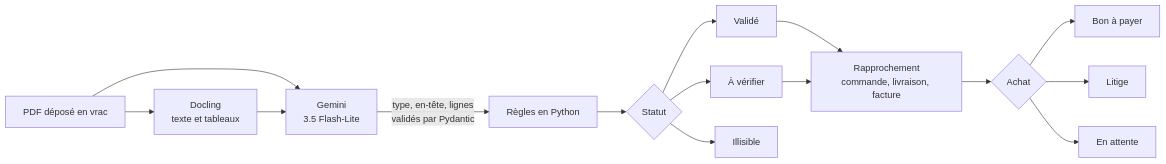
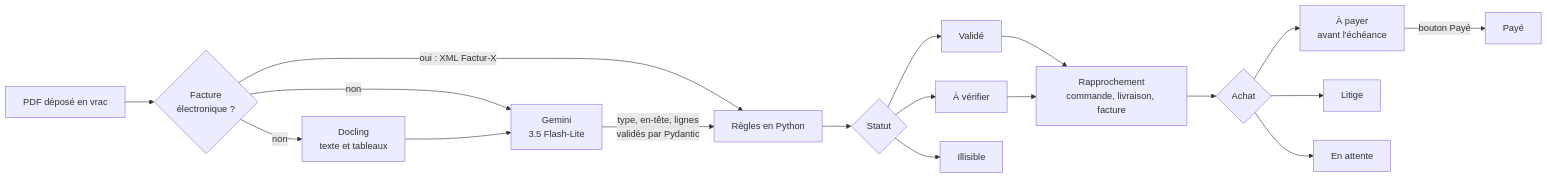
The diagram in README.md (Jeremy84100/factures-ia), drawn with Mermaid before and after one commit. The commit also changed other lines of this file and 31 other files, not shown here.

First line of the commit message:
Écrans : reste à payer TTC, bouton Payé, ranger en un clic, Compte

````diff
--- a/README.md
+++ b/README.md
@@ -40,17 +40,20 @@
 ```mermaid
 flowchart LR
-    A[PDF déposé en vrac] --> B[Docling<br>texte et tableaux]
-    A --> C[Gemini<br>3.5 Flash-Lite]
+    A[PDF déposé en vrac] --> X{Facture<br>électronique ?}
+    X -->|oui : XML Factur-X| D[Règles en Python]
+    X -->|non| B[Docling<br>texte et tableaux]
+    X -->|non| C[Gemini<br>3.5 Flash-Lite]
     B --> C
-    C -->|type, en-tête, lignes<br>validés par Pydantic| D[Règles en Python]
+    C -->|type, en-tête, lignes<br>validés par Pydantic| D
     D --> E{Statut}
     E --> F[Validé]
     E --> G[À vérifier]
     E --> H[Illisible]
     F --> R[Rapprochement<br>commande, livraison, facture]
     G --> R
     R --> S{Achat}
-    S --> T[Bon à payer]
+    S --> T[À payer<br>avant l'échéance]
     S --> U[Litige]
     S --> V[En attente]
+    T -->|bouton Payé| W[Payé]
 ```
````
